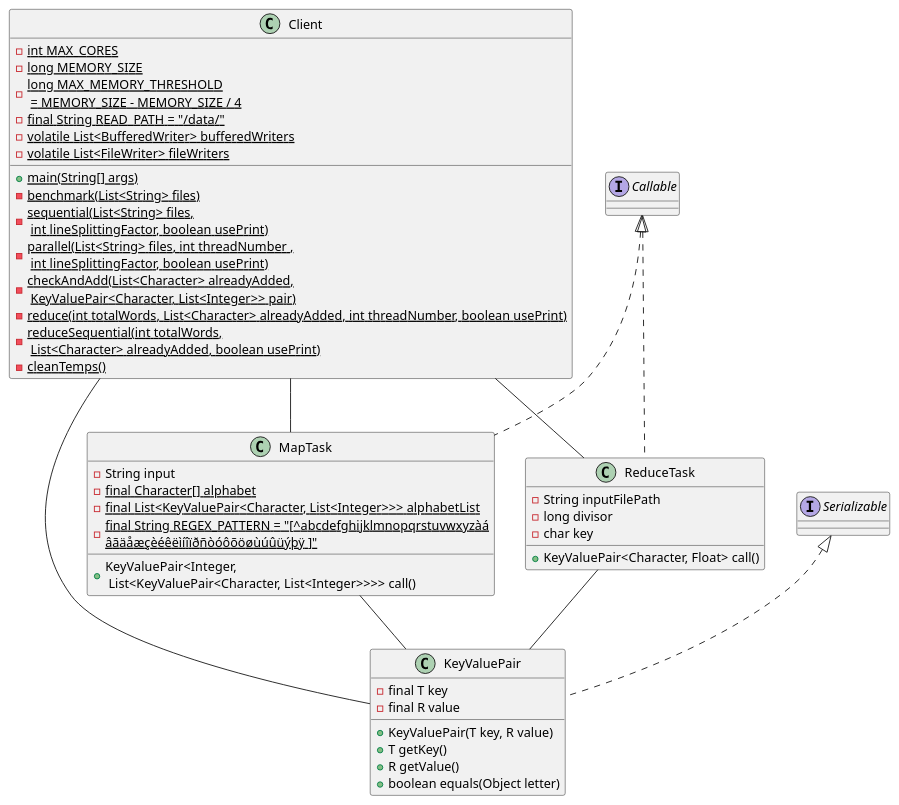
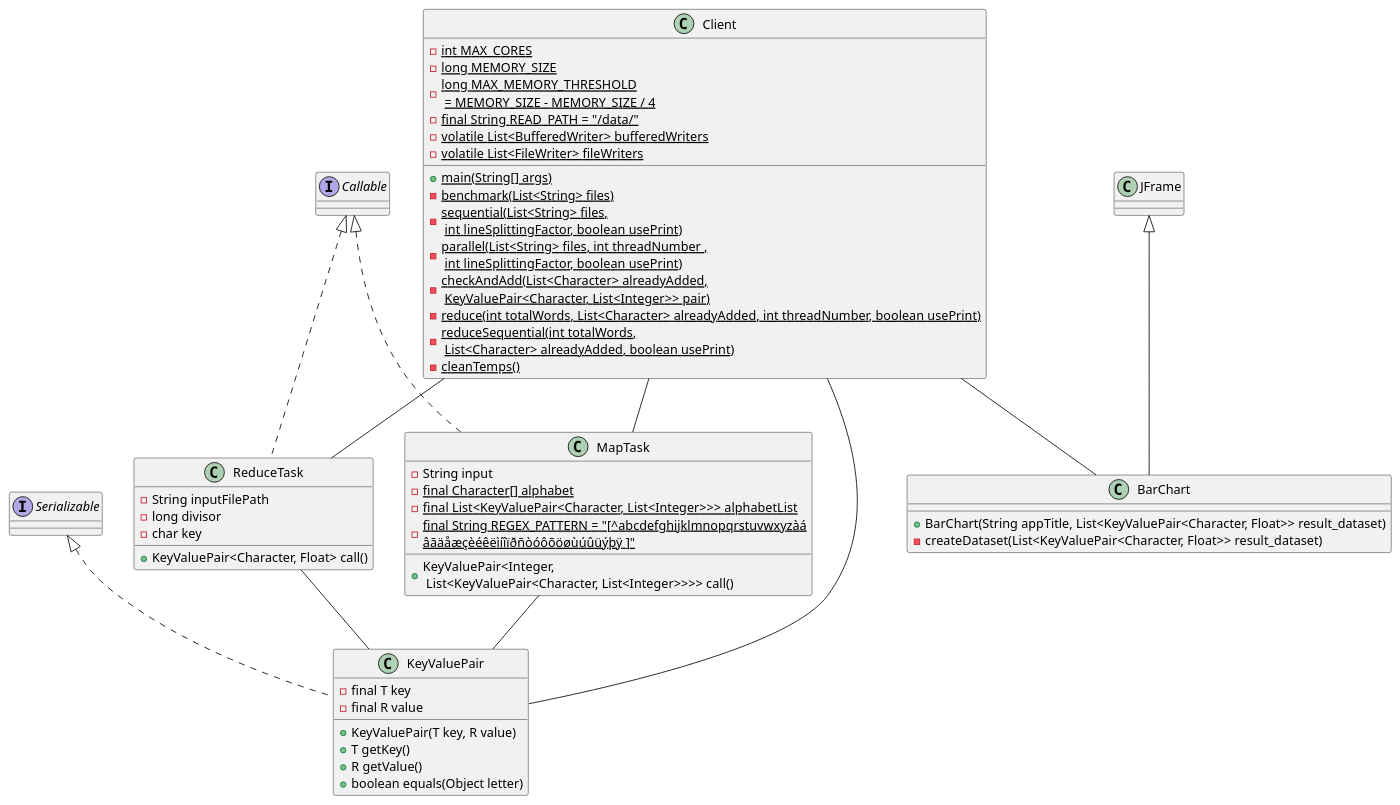
The diagram in doc/diagrams/Class Diagram.puml (kolibriconk/map_reduce_no_libraries), drawn with PlantUML before and after one commit. The commit also changed 3 other files, not shown here.

Commit message:
Comentarios BarChart y diagrama de clases UML actualizado

```diff
--- a/doc/diagrams/Class Diagram.puml
+++ b/doc/diagrams/Class Diagram.puml
@@ -1,59 +1,67 @@
 @startuml
 'https://plantuml.com/class-diagram
 
 class Client
 class KeyValuePair
 class MapTask
 class ReduceTask
+class BarChart
 interface Serializable
 interface Callable
 
 Client -- KeyValuePair
 Client -- MapTask
 Client -- ReduceTask
+Client -- BarChart
 
 MapTask -- KeyValuePair
 ReduceTask -- KeyValuePair
 
 class Client{
 {static}-int MAX_CORES
 {static}-long MEMORY_SIZE
 {static}-long MAX_MEMORY_THRESHOLD \n = MEMORY_SIZE - MEMORY_SIZE / 4
 {static}-final String READ_PATH = "/data/"
 {static}-volatile List<BufferedWriter> bufferedWriters
 {static}-volatile List<FileWriter> fileWriters
 {static}+main(String[] args)
 {static}-benchmark(List<String> files)
 {static}-sequential(List<String> files,\n int lineSplittingFactor, boolean usePrint)
 {static}-parallel(List<String> files, int threadNumber ,\n int lineSplittingFactor, boolean usePrint)
 {static}-checkAndAdd(List<Character> alreadyAdded,\n KeyValuePair<Character, List<Integer>> pair)
 {static}-reduce(int totalWords, List<Character> alreadyAdded, int threadNumber, boolean usePrint)
 {static}-reduceSequential(int totalWords,\n List<Character> alreadyAdded, boolean usePrint)
 {static}-cleanTemps()
 }
 
 class KeyValuePair implements Serializable{
 -final T key
 -final R value
 +KeyValuePair(T key, R value)
 +T getKey()
 +R getValue()
 +boolean equals(Object letter)
 }
 
 class MapTask implements Callable{
 -String input
 {static}-final Character[] alphabet
 {static}-final List<KeyValuePair<Character, List<Integer>>> alphabetList
 {static}-final String REGEX_PATTERN = "[^abcdefghijklmnopqrstuvwxyzàá\nâãäåæçèéêëìíîïðñòóôõöøùúûüýþÿ ]"
 +KeyValuePair<Integer,\n List<KeyValuePair<Character, List<Integer>>>> call()
 }
 
 class ReduceTask implements Callable{
 -String inputFilePath
 -long divisor
 -char key
 
 +KeyValuePair<Character, Float> call()
 }
+
+Class BarChart extends JFrame{
++BarChart(String appTitle, List<KeyValuePair<Character, Float>> result_dataset)
+-createDataset(List<KeyValuePair<Character, Float>> result_dataset)
+}
+
 @enduml
```
